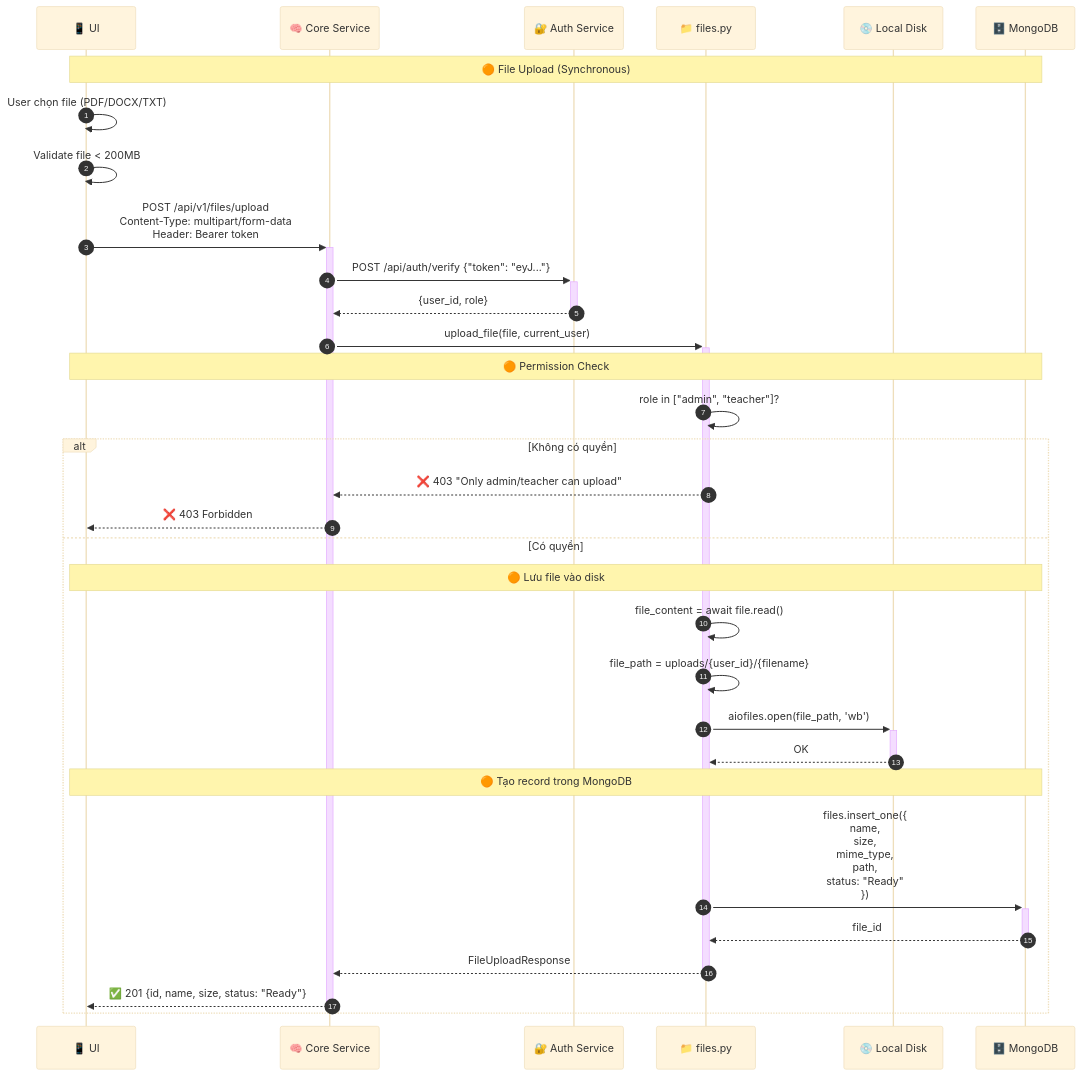
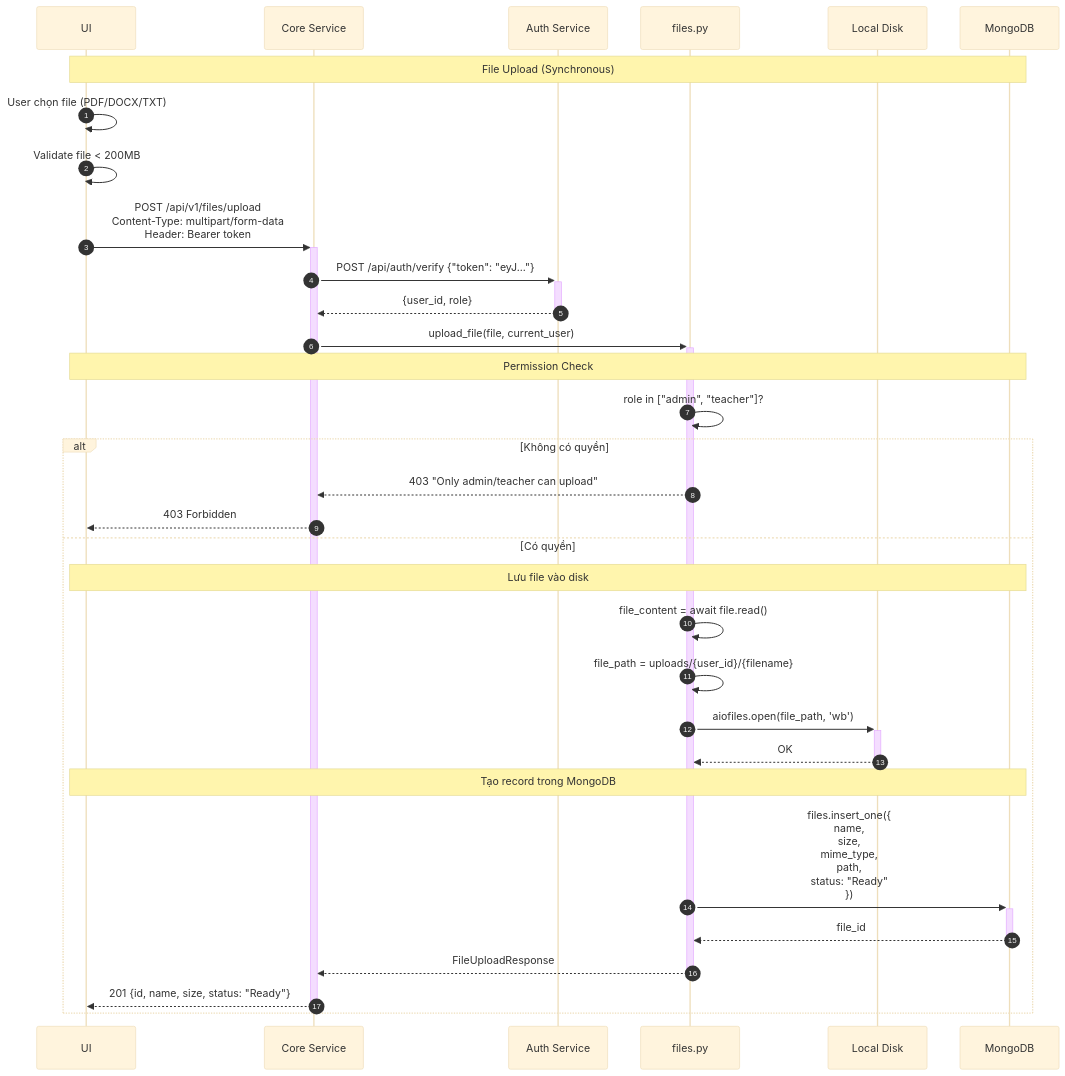
The fifth of 12 diagrams in document/System_Flow_Diagrams.md (hoclaptrinh33/chatbot), drawn with Mermaid (base theme) before and after one commit. The commit also changed other lines of this file and 150 other files, not shown here.

````diff
--- a/document/System_Flow_Diagrams.md
+++ b/document/System_Flow_Diagrams.md
@@ -412,46 +411,46 @@
 ```mermaid
 sequenceDiagram
-    autonumber
-    participant UI as 📱 UI
-    participant Core as 🧠 Core Service
-    participant Auth as 🔐 Auth Service
-    participant FileAPI as 📁 files.py
-    participant Disk as 💿 Local Disk
-    participant DB as 🗄️ MongoDB
+ autonumber
+ participant UI as UI
+ participant Core as Core Service
+ participant Auth as Auth Service
+ participant FileAPI as files.py
+ participant Disk as Local Disk
+ participant DB as MongoDB
 
-    Note over UI,DB: 🟠 File Upload (Synchronous)
+ Note over UI,DB: File Upload (Synchronous)
 
-    UI->>UI: User chọn file (PDF/DOCX/TXT)
-    UI->>UI: Validate file < 200MB
+ UI->>UI: User chọn file (PDF/DOCX/TXT)
+ UI->>UI: Validate file < 200MB
 
-    UI->>+Core: POST /api/v1/files/upload<br/>Content-Type: multipart/form-data<br/>Header: Bearer token
+ UI->>+Core: POST /api/v1/files/upload<br/>Content-Type: multipart/form-data<br/>Header: Bearer token
 
-    Core->>+Auth: POST /api/auth/verify {"token": "eyJ..."}
-    Auth-->>-Core: {user_id, role}
+ Core->>+Auth: POST /api/auth/verify {"token": "eyJ..."}
+ Auth-->>-Core: {user_id, role}
 
-    Core->>+FileAPI: upload_file(file, current_user)
+ Core->>+FileAPI: upload_file(file, current_user)
 
-    Note over UI,DB: 🟠 Permission Check
+ Note over UI,DB: Permission Check
 
-    FileAPI->>FileAPI: role in ["admin", "teacher"]?
+ FileAPI->>FileAPI: role in ["admin", "teacher"]?
 
-    alt Không có quyền
-        FileAPI-->>Core: ❌ 403 "Only admin/teacher can upload"
-        Core-->>UI: ❌ 403 Forbidden
-    else Có quyền
-        Note over UI,DB: 🟠 Lưu file vào disk
+ alt Không có quyền
+ FileAPI-->>Core: 403 "Only admin/teacher can upload"
+ Core-->>UI: 403 Forbidden
+ else Có quyền
+ Note over UI,DB: Lưu file vào disk
 
-        FileAPI->>FileAPI: file_content = await file.read()
-        FileAPI->>FileAPI: file_path = uploads/{user_id}/{filename}
-        FileAPI->>+Disk: aiofiles.open(file_path, 'wb')
-        Disk-->>-FileAPI: OK
+ FileAPI->>FileAPI: file_content = await file.read()
+ FileAPI->>FileAPI: file_path = uploads/{user_id}/{filename}
+ FileAPI->>+Disk: aiofiles.open(file_path, 'wb')
+ Disk-->>-FileAPI: OK
 
-        Note over UI,DB: 🟠 Tạo record trong MongoDB
+ Note over UI,DB: Tạo record trong MongoDB
 
-        FileAPI->>+DB: files.insert_one({<br/>  name,<br/>  size,<br/>  mime_type,<br/>  path,<br/>  status: "Ready"<br/>})
-        DB-->>-FileAPI: file_id
+ FileAPI->>+DB: files.insert_one({<br/> name,<br/> size,<br/> mime_type,<br/> path,<br/> status: "Ready"<br/>})
+ DB-->>-FileAPI: file_id
 
-        FileAPI-->>-Core: FileUploadResponse
-        Core-->>-UI: ✅ 201 {id, name, size, status: "Ready"}
-    end
+ FileAPI-->>-Core: FileUploadResponse
+ Core-->>-UI: 201 {id, name, size, status: "Ready"}
+ end
 ```
````
